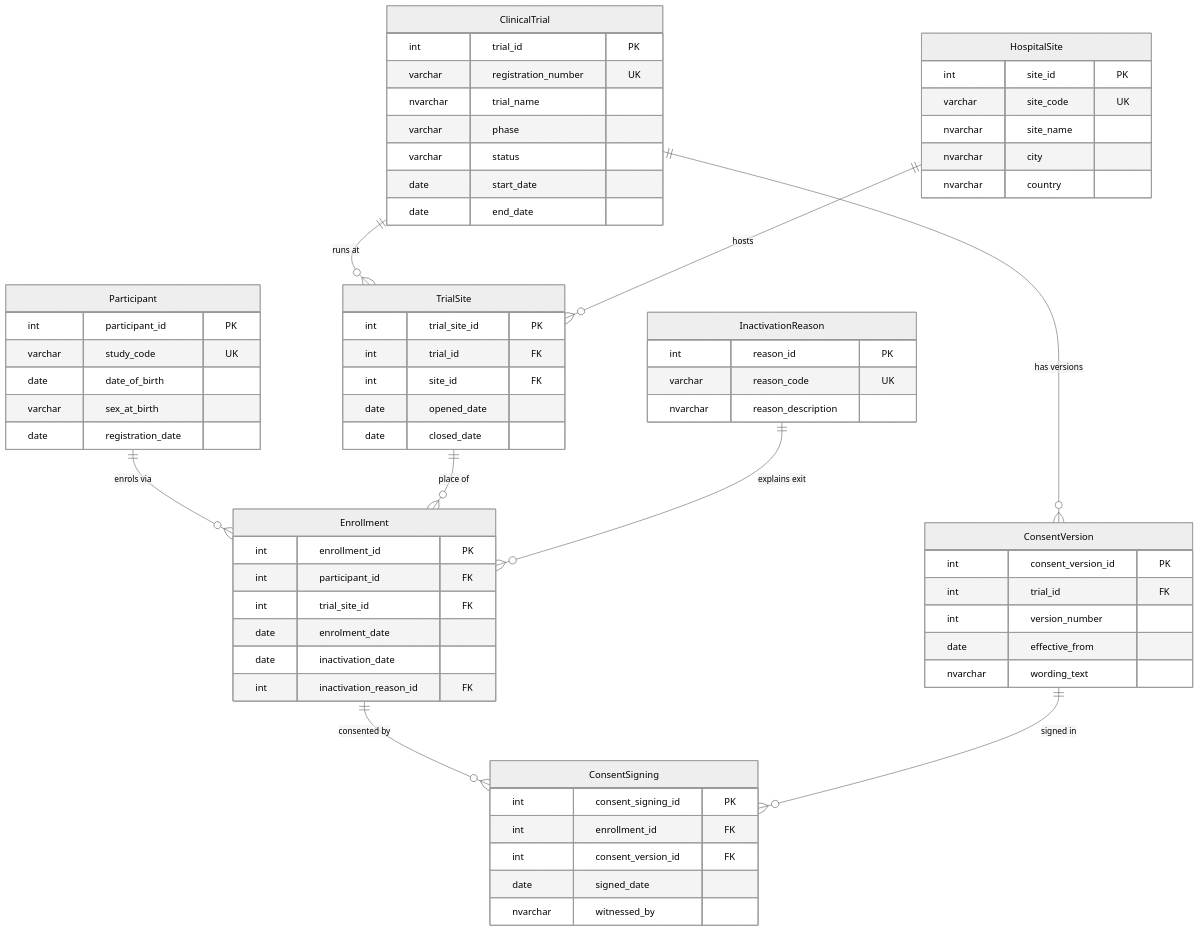
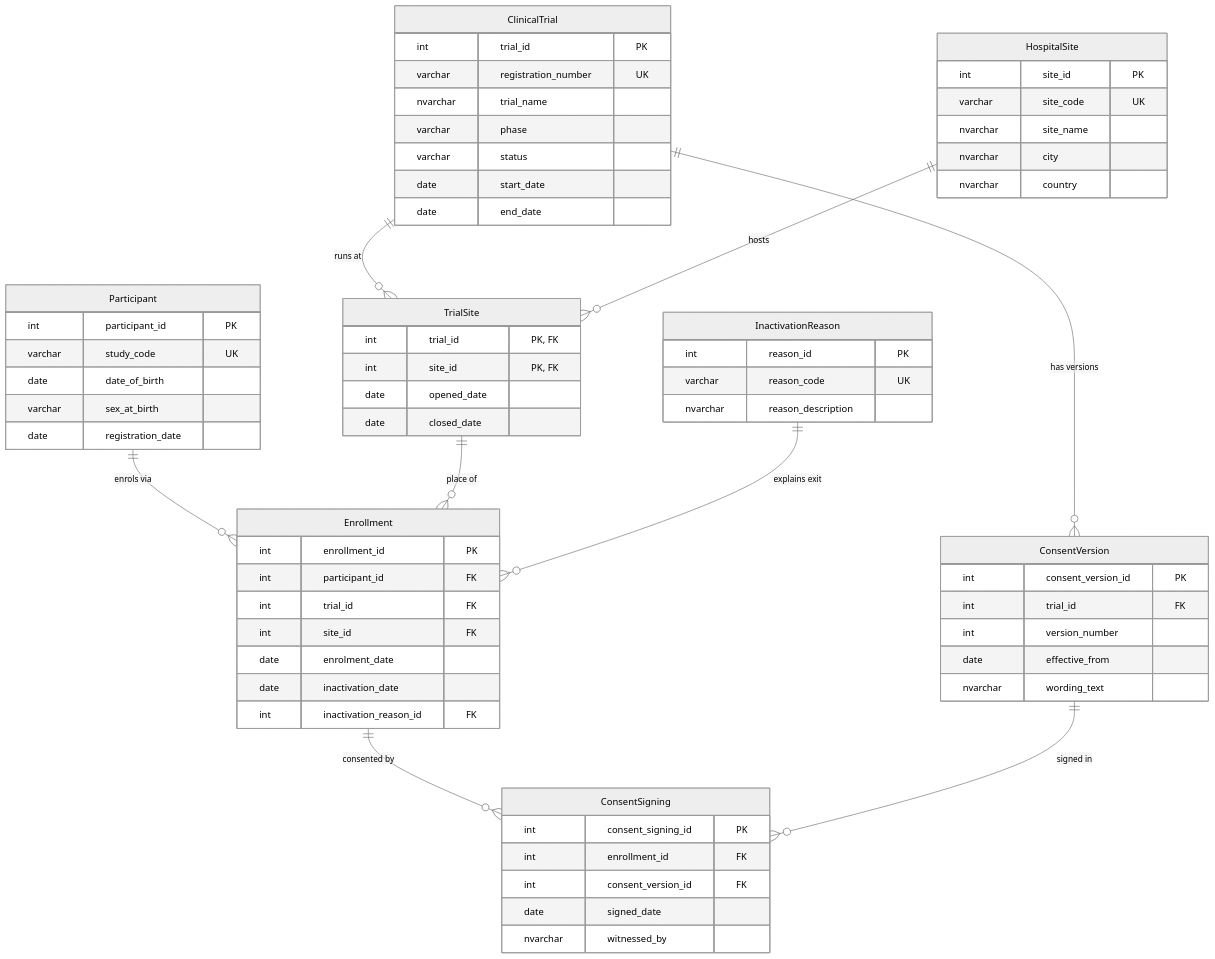
One commit to Lainsm/HDS06 changed the diagram in _erd_src.qmd. Above: the diagram before and after it, drawn with Mermaid. The commit also changed 5 other files, not shown here.

````diff
--- a/_erd_src.qmd
+++ b/_erd_src.qmd
@@ -18,70 +18,70 @@
 ```{mermaid}
 %%{init: {"theme":"neutral", "er": {"diagramPadding": 60, "entityPadding": 18, "useMaxWidth": false}}}%%
 erDiagram
     ClinicalTrial      ||--o{ TrialSite       : "runs at"
     HospitalSite       ||--o{ TrialSite       : "hosts"
     ClinicalTrial      ||--o{ ConsentVersion  : "has versions"
     Participant        ||--o{ Enrollment      : "enrols via"
     TrialSite          ||--o{ Enrollment      : "place of"
     InactivationReason ||--o{ Enrollment      : "explains exit"
     Enrollment         ||--o{ ConsentSigning  : "consented by"
     ConsentVersion     ||--o{ ConsentSigning  : "signed in"
 
     ClinicalTrial {
         int trial_id PK
         varchar registration_number UK
         nvarchar trial_name
         varchar phase
         varchar status
         date start_date
         date end_date
     }
     HospitalSite {
         int site_id PK
         varchar site_code UK
         nvarchar site_name
         nvarchar city
         nvarchar country
     }
     Participant {
         int participant_id PK
         varchar study_code UK
         date date_of_birth
         varchar sex_at_birth
         date registration_date
     }
     InactivationReason {
         int reason_id PK
         varchar reason_code UK
         nvarchar reason_description
     }
     TrialSite {
-        int trial_site_id PK
-        int trial_id FK
-        int site_id FK
+        int trial_id "PK, FK"
+        int site_id "PK, FK"
         date opened_date
         date closed_date
     }
     ConsentVersion {
         int consent_version_id PK
         int trial_id FK
         int version_number
         date effective_from
         nvarchar wording_text
     }
     Enrollment {
         int enrollment_id PK
         int participant_id FK
-        int trial_site_id FK
+        int trial_id FK
+        int site_id FK
         date enrolment_date
         date inactivation_date
         int inactivation_reason_id FK
     }
     ConsentSigning {
         int consent_signing_id PK
         int enrollment_id FK
         int consent_version_id FK
         date signed_date
         nvarchar witnessed_by
     }
 ```
````
